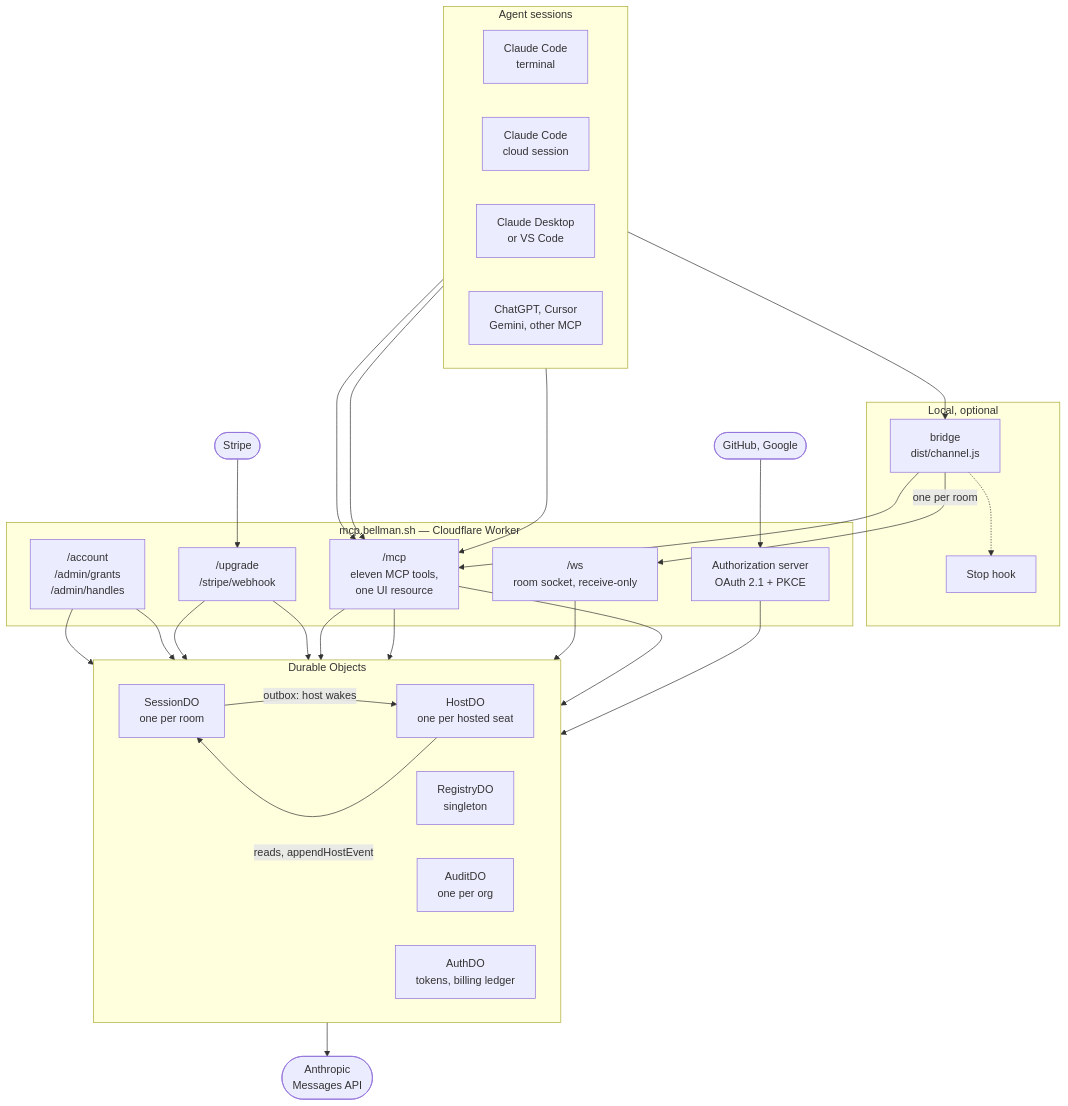
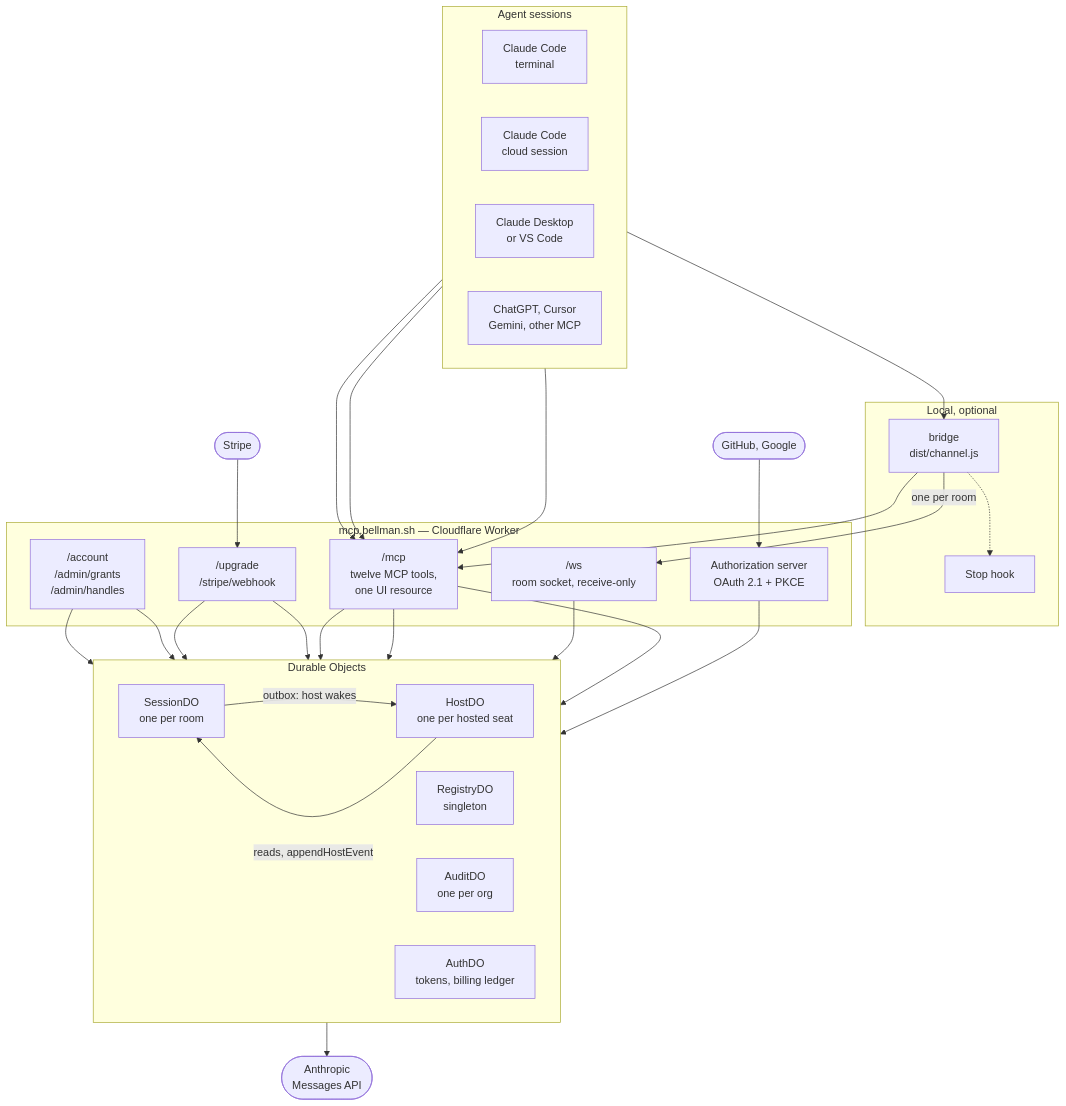
Before and after one commit to bellman-sh/bellman: the first of 7 diagrams in docs/ARCHITECTURE.md, drawn with Mermaid. The commit also changed 2 other files, not shown here.

Commit message:
bellman_rooms no longer promises a room-level expires_at, and the architecture counts twelve tools

````diff
--- a/docs/ARCHITECTURE.md
+++ b/docs/ARCHITECTURE.md
@@ -49,56 +49,56 @@
 ```mermaid
 flowchart TB
     subgraph surfaces["Agent sessions"]
         direction LR
         CCT["Claude Code<br/>terminal"]
         CCC["Claude Code<br/>cloud session"]
         DESK["Claude Desktop<br/>or VS Code"]
         OTHER["ChatGPT, Cursor<br/>Gemini, other MCP"]
     end
 
     subgraph local["Local, optional"]
         BRIDGE["bridge<br/>dist/channel.js"]
         HOOK["Stop hook"]
     end
 
     subgraph edge["mcp.bellman.sh — Cloudflare Worker"]
         AS["Authorization server<br/>OAuth 2.1 + PKCE"]
-        MCP["/mcp<br/>eleven MCP tools,<br/>one UI resource"]
+        MCP["/mcp<br/>twelve MCP tools,<br/>one UI resource"]
         WS["/ws<br/>room socket, receive-only"]
         BILL["/upgrade<br/>/stripe/webhook"]
         ADMIN["/account<br/>/admin/grants<br/>/admin/handles"]
     end
 
     subgraph store["Durable Objects"]
         direction LR
         SDO["SessionDO<br/>one per room"]
         RDO["RegistryDO<br/>singleton"]
         ADO["AuditDO<br/>one per org"]
         AUTH["AuthDO<br/>tokens, billing ledger"]
         HDO["HostDO<br/>one per hosted seat"]
     end
 
     CCT --> BRIDGE
     BRIDGE --> MCP
     BRIDGE -->|"one per room"| WS
     BRIDGE -.-> HOOK
     CCC --> MCP
     DESK --> MCP
     OTHER --> MCP
 
     AS --> AUTH
     MCP --> SDO
     WS --> SDO
     MCP --> RDO
     MCP --> ADO
     BILL --> AUTH
     BILL --> RDO
     ADMIN --> RDO
     ADMIN --> ADO
     SDO -->|"outbox: host wakes"| HDO
     HDO -->|"reads, appendHostEvent"| SDO
     HDO --> MODEL(["Anthropic<br/>Messages API"])
 
     STRIPE(["Stripe"]) --> BILL
     IDP(["GitHub, Google"]) --> AS
 ```
````
